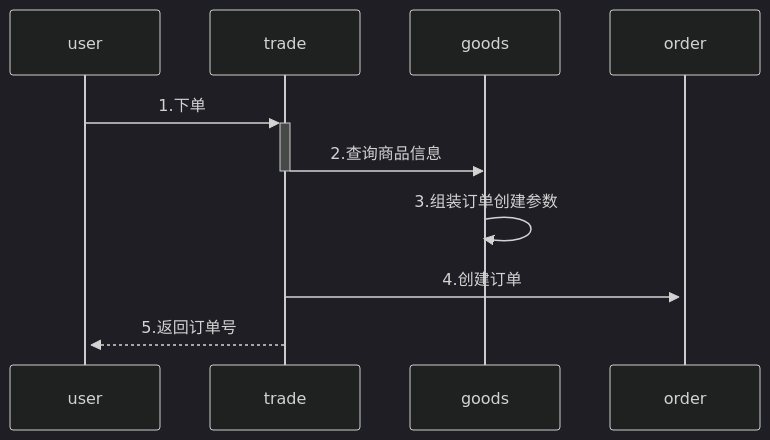
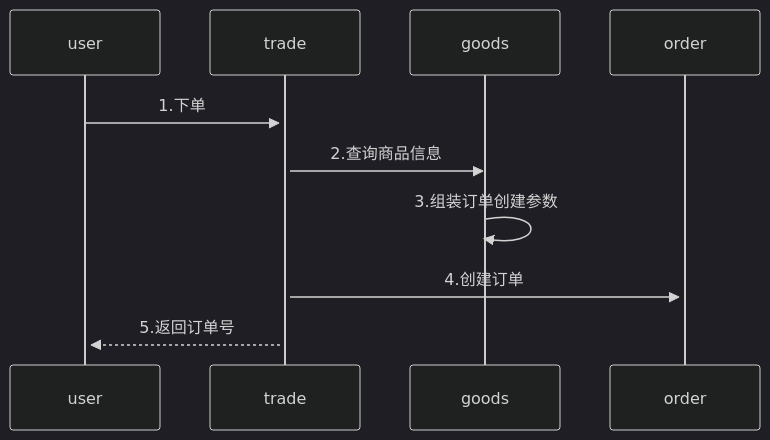
Before and after one commit to yingjianzh/iodraw-files: the diagram in all/未命名-6.md, drawn with Mermaid (dark theme).

Commit message:
2024-08-19 15:09:56 update

````diff
--- a/all/未命名-6.md
+++ b/all/未命名-6.md
@@ -1,8 +1,8 @@
 ```mermaid
 sequenceDiagram
     user->>+trade: 1.下单
-    trade->>-goods: 2.查询商品信息
+    trade->>goods: 2.查询商品信息
     goods->>+goods: 3.组装订单创建参数
     trade->>+order: 4.创建订单
     trade-->>+user: 5.返回订单号
 ```
````
